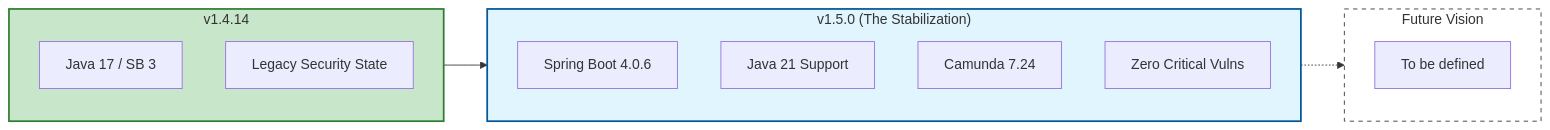
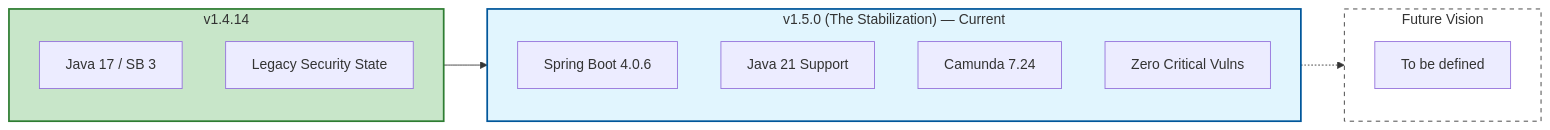
One commit to wkspower/wks-platform changed the diagram in apps/react/docs/docs/roadmap.md. Above: the diagram before and after it, drawn with Mermaid. The commit also changed other lines of this file, not shown here.

Commit message:
docs(roadmap): mark v1.5.0 as the current released line
v1.5.0 is now GA (tagged and promoted to main), so the roadmap no longer
frames it as "Next Release - In Progress" or v1.4.14 as the current
production version. Flips the mermaid current/completed styling and the
prose to reflect 1.5.0 shipped and 1.4.x is the previous stable line.

````diff
--- a/apps/react/docs/docs/roadmap.md
+++ b/apps/react/docs/docs/roadmap.md
@@ -11,38 +11,38 @@
 ```mermaid
 flowchart LR
-    %% v1.4.14: Legacy Version
+    %% v1.4.14: Previous stable line
     subgraph V14 ["v1.4.14"]
         direction TB
         L1[Java 17 / SB 3]
         L2[Legacy Security State]
     end
 
-    %% v1.5.0: Next Release
-    subgraph V15 ["v1.5.0 (The Stabilization)"]
+    %% v1.5.0: Current release
+    subgraph V15 ["v1.5.0 (The Stabilization) — Current"]
         direction TB
         A[Spring Boot 4.0.6]
         B[Java 21 Support]
         C[Camunda 7.24]
         S[Zero Critical Vulns]
     end
 
     %% Future: TBD
     subgraph V_FUTURE ["Future Vision"]
         direction TB
         F1[To be defined]
     end
 
     %% Logical Flow
     V14 --> V15
     V15 -.-> V_FUTURE
 
     %% Styling
     classDef completed fill:#c8e6c9,stroke:#2e7d32,stroke-width:2px;
-    classDef inprogress fill:#e1f5fe,stroke:#01579b,stroke-width:2px;
+    classDef current fill:#e1f5fe,stroke:#01579b,stroke-width:2px;
     classDef planned fill:#fff,stroke:#333,stroke-width:1px,stroke-dasharray: 5 5;
     
     class V14 completed;
-    class V15 inprogress;
+    class V15 current;
     class V_FUTURE planned;
     class L1,L2,A,B,C,S,F1 text;
 ```
````
